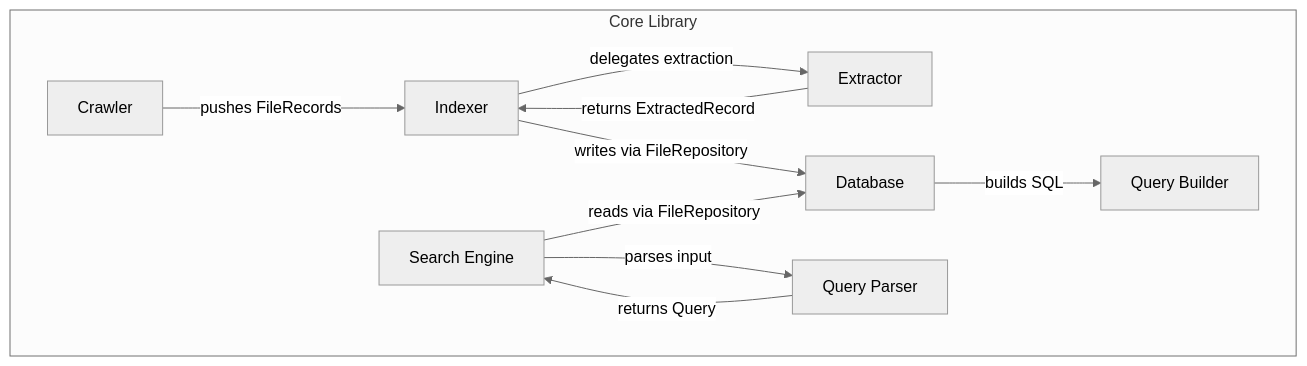
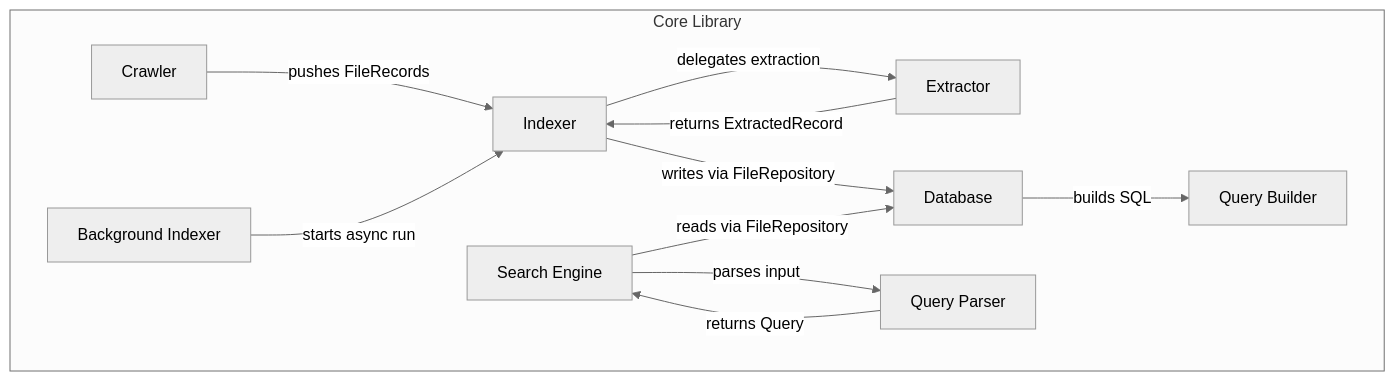
Before and after one commit to ralu2004/Local-File-Search-System: the third of 4 diagrams in ARCHITECTURE.md, drawn with Mermaid (neutral theme). The commit also changed other lines of this file, not shown here.

Commit message:
docs(architecture): document background indexing job orchestration in indexer.job

````diff
--- a/ARCHITECTURE.md
+++ b/ARCHITECTURE.md
@@ -65,21 +65,23 @@
 ```mermaid
 graph TD
     subgraph Core["Core Library"]
         Crawler["Crawler"]
         Indexer["Indexer"]
+        BackgroundIndexer["Background Indexer"]
         Extractor["Extractor"]
         Search["Search Engine"]
         QueryParser["Query Parser"]
         DB["Database"]
         QueryBuilder["Query Builder"]
     end
 
     Crawler -->|pushes FileRecords| Indexer
+    BackgroundIndexer -->|starts async run| Indexer
     Indexer -->|delegates extraction| Extractor
     Extractor -->|returns ExtractedRecord| Indexer
     Indexer -->|writes via FileRepository| DB
     Search -->|parses input| QueryParser
     QueryParser -->|returns Query| Search
     Search -->|reads via FileRepository| DB
     DB -->|builds SQL| QueryBuilder
 ```
````
